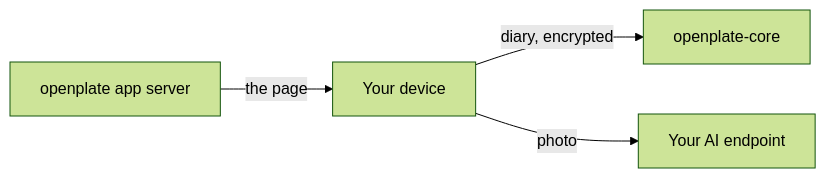
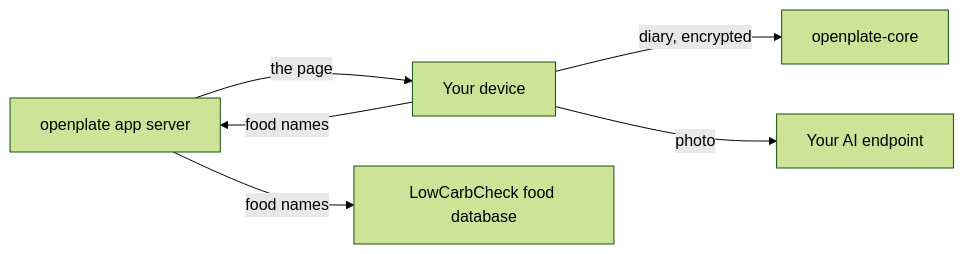
One commit to LowCarbCheck/openplate changed the diagram in docs/architecture.md. Above: the diagram before and after it, drawn with Mermaid (forest theme). The commit also changed other lines of this file and 7 other files, not shown here.

First line of the commit message:
docs: the architecture says what the app server and the sync server now hold

````diff
--- a/docs/architecture.md
+++ b/docs/architecture.md
@@ -12,7 +12,9 @@
 ```mermaid
-%% alt: The device holds the diary and the photo, the diary leaves encrypted for the sync server, and the photo goes to the AI endpoint you configured.
+%% alt: The device holds the diary and the photo. The diary leaves encrypted for openplate-core, the photo goes to the AI endpoint you configured, and food names go through the app server to the food database.
 flowchart LR
   app["openplate app server"] -->|"the page"| device["Your device"]
   device -->|"diary, encrypted"| sync["openplate-core"]
   device -->|"photo"| ai["Your AI endpoint"]
+  device -->|"food names"| app
+  app -->|"food names"| fooddb["LowCarbCheck food database"]
 ```
````
